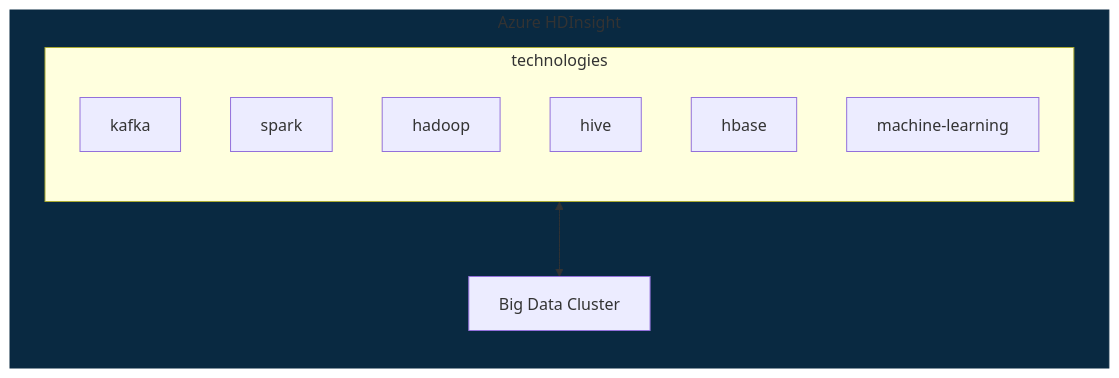
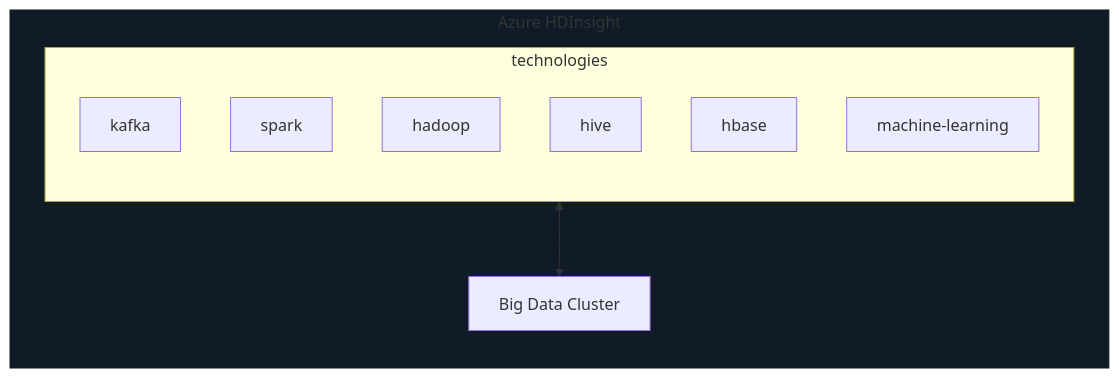
The third of 4 diagrams in Azure/Basics/11-azure-bit-data-and-analytics-services.md (kodebot/notes2), drawn with Mermaid before and after one commit. The commit also changed other lines of this file and 2 other files, not shown here.

````diff
--- a/Azure/Basics/11-azure-bit-data-and-analytics-services.md
+++ b/Azure/Basics/11-azure-bit-data-and-analytics-services.md
@@ -78,24 +78,25 @@
 ```mermaid
 flowchart TB
     subgraph Background["Azure HDInsight"]
         direction TB
         subgraph technologies
             direction TB
             kafka
             spark
             hadoop
             hive
             hbase
             machine-learning
         end
         bdc["Big Data Cluster"]
         technologies<-->bdc
     end
 classDef transparent stroke-width:0,fill:transparent
 classDef blue fill:#0073e6,stroke:#0073e6
 classDef orange fill:#c44601,stroke:#c44601
 classDef green fill:#047e36,stroke:#047e36
 classDef purple fill:#7c307f,stroke:#7c307f
-classDef bg fill:#092941,stroke:#092941
+classDef bg fill:#101b27,stroke:#101b27
+class Background bg
 class Background bg
 ```
````
